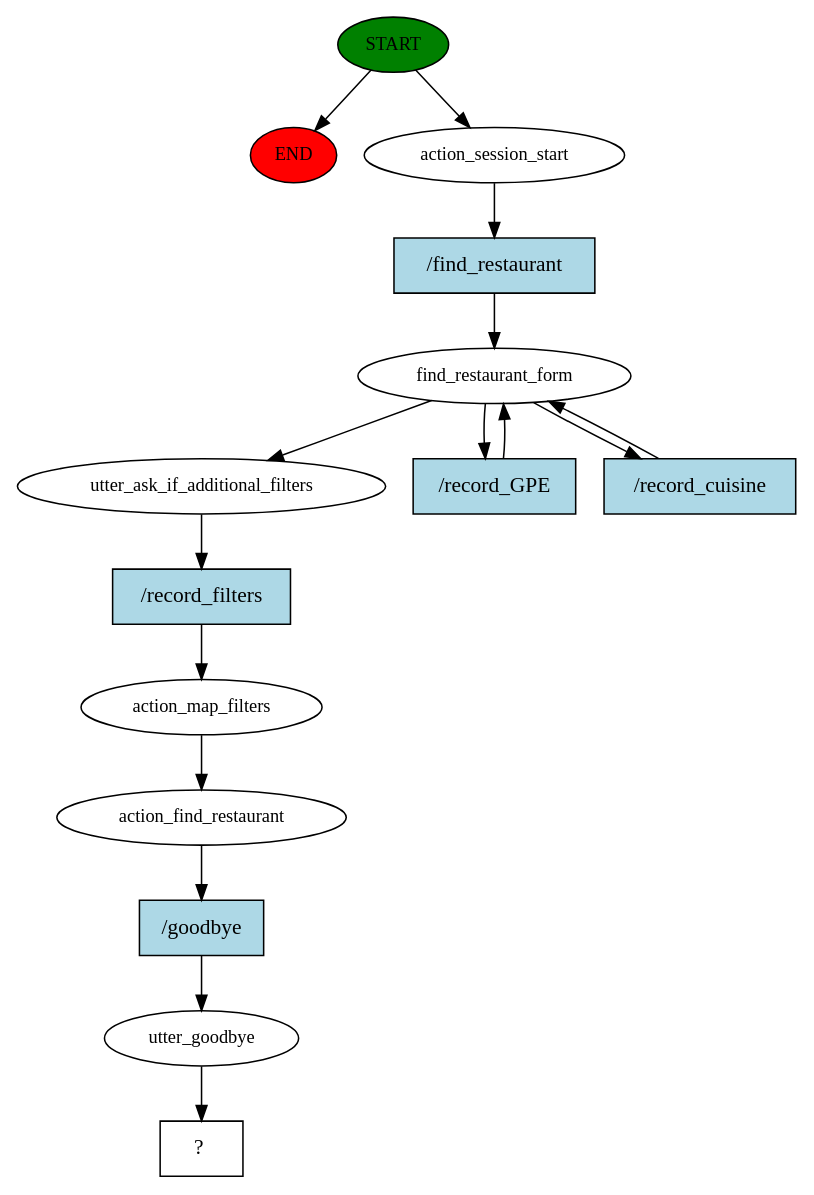
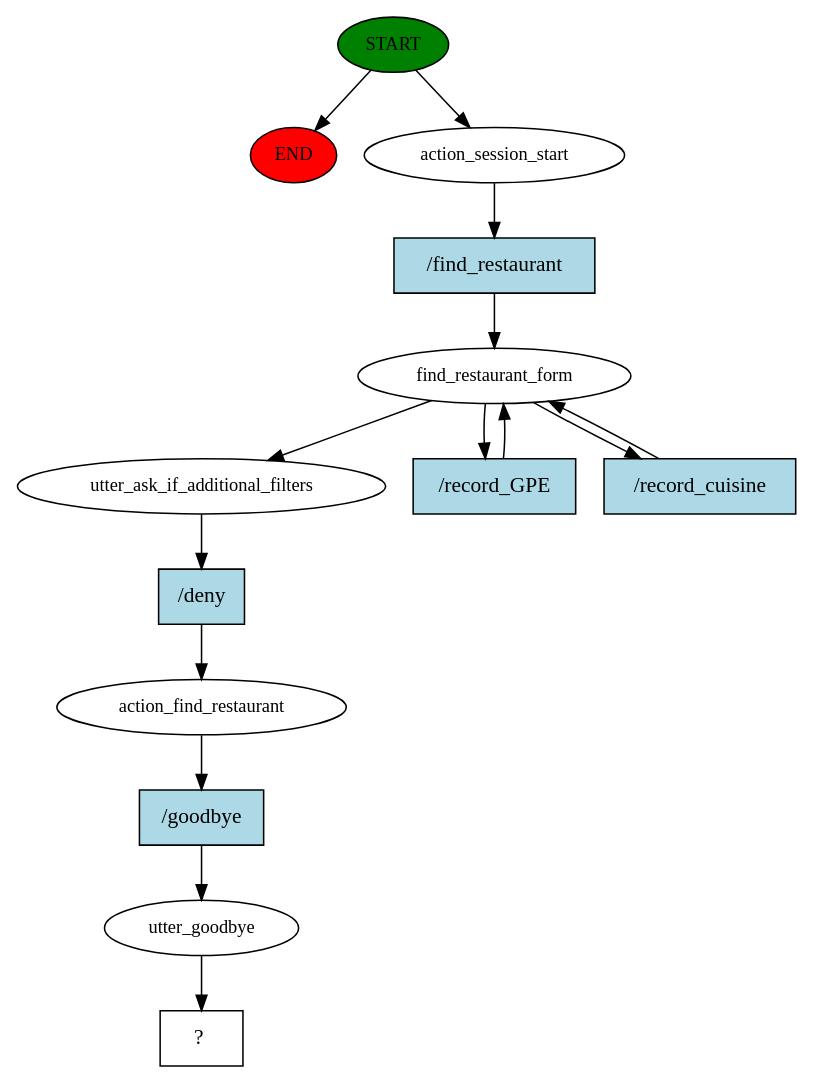
One commit to AsiaSzych/IU_Voice_Assistants changed the diagram in rasa_chatbot/story_graph.dot. Above: the diagram before and after it, drawn with Graphviz. The commit also changed 6 other files, not shown here.

Commit message:
add validation of cuisine and city in the find restaurant form + handle misspells

```diff
--- a/rasa_chatbot/story_graph.dot
+++ b/rasa_chatbot/story_graph.dot
@@ -1,31 +1,29 @@
 digraph  {
 0 [class="start active", fillcolor=green, fontsize=12, label=START, style=filled];
 "-1" [class=end, fillcolor=red, fontsize=12, label=END, style=filled];
 1 [class=active, fontsize=12, label=action_session_start];
 2 [class=active, fontsize=12, label=find_restaurant_form];
-5 [class=active, fontsize=12, label=utter_ask_if_additional_filters];
-6 [class=active, fontsize=12, label=action_map_filters];
-7 [class=active, fontsize=12, label=action_find_restaurant];
-8 [class=active, fontsize=12, label=utter_goodbye];
-9 [class="intent dashed active", label="  ?  ", shape=rect];
-10 [class="intent active", fillcolor=lightblue, label="/find_restaurant", shape=rect, style=filled];
-11 [class="intent active", fillcolor=lightblue, label="/record_GPE", shape=rect, style=filled];
-12 [class="intent active", fillcolor=lightblue, label="/record_cuisine", shape=rect, style=filled];
-13 [class="intent active", fillcolor=lightblue, label="/record_filters", shape=rect, style=filled];
-14 [class="intent active", fillcolor=lightblue, label="/goodbye", shape=rect, style=filled];
+7 [class=active, fontsize=12, label=utter_ask_if_additional_filters];
+8 [class=active, fontsize=12, label=action_find_restaurant];
+9 [class=active, fontsize=12, label=utter_goodbye];
+10 [class="intent dashed active", label="  ?  ", shape=rect];
+11 [class="intent active", fillcolor=lightblue, label="/find_restaurant", shape=rect, style=filled];
+12 [class="intent active", fillcolor=lightblue, label="/record_GPE", shape=rect, style=filled];
+13 [class="intent active", fillcolor=lightblue, label="/record_cuisine", shape=rect, style=filled];
+14 [class="intent active", fillcolor=lightblue, label="/deny", shape=rect, style=filled];
+15 [class="intent active", fillcolor=lightblue, label="/goodbye", shape=rect, style=filled];
 0 -> "-1"  [class="", key=NONE, label=""];
 0 -> 1  [class=active, key=NONE, label=""];
-1 -> 10  [class=active, key=0];
-2 -> 5  [class=active, key=NONE, label=""];
-2 -> 11  [class=active, key=0];
+1 -> 11  [class=active, key=0];
+2 -> 7  [class=active, key=NONE, label=""];
 2 -> 12  [class=active, key=0];
-5 -> 13  [class=active, key=0];
-6 -> 7  [class=active, key=NONE, label=""];
+2 -> 13  [class=active, key=0];
 7 -> 14  [class=active, key=0];
-8 -> 9  [class=active, key=NONE, label=""];
-10 -> 2  [class=active, key=0];
+8 -> 15  [class=active, key=0];
+9 -> 10  [class=active, key=NONE, label=""];
 11 -> 2  [class=active, key=0];
 12 -> 2  [class=active, key=0];
-13 -> 6  [class=active, key=0];
+13 -> 2  [class=active, key=0];
 14 -> 8  [class=active, key=0];
+15 -> 9  [class=active, key=0];
 }
```
